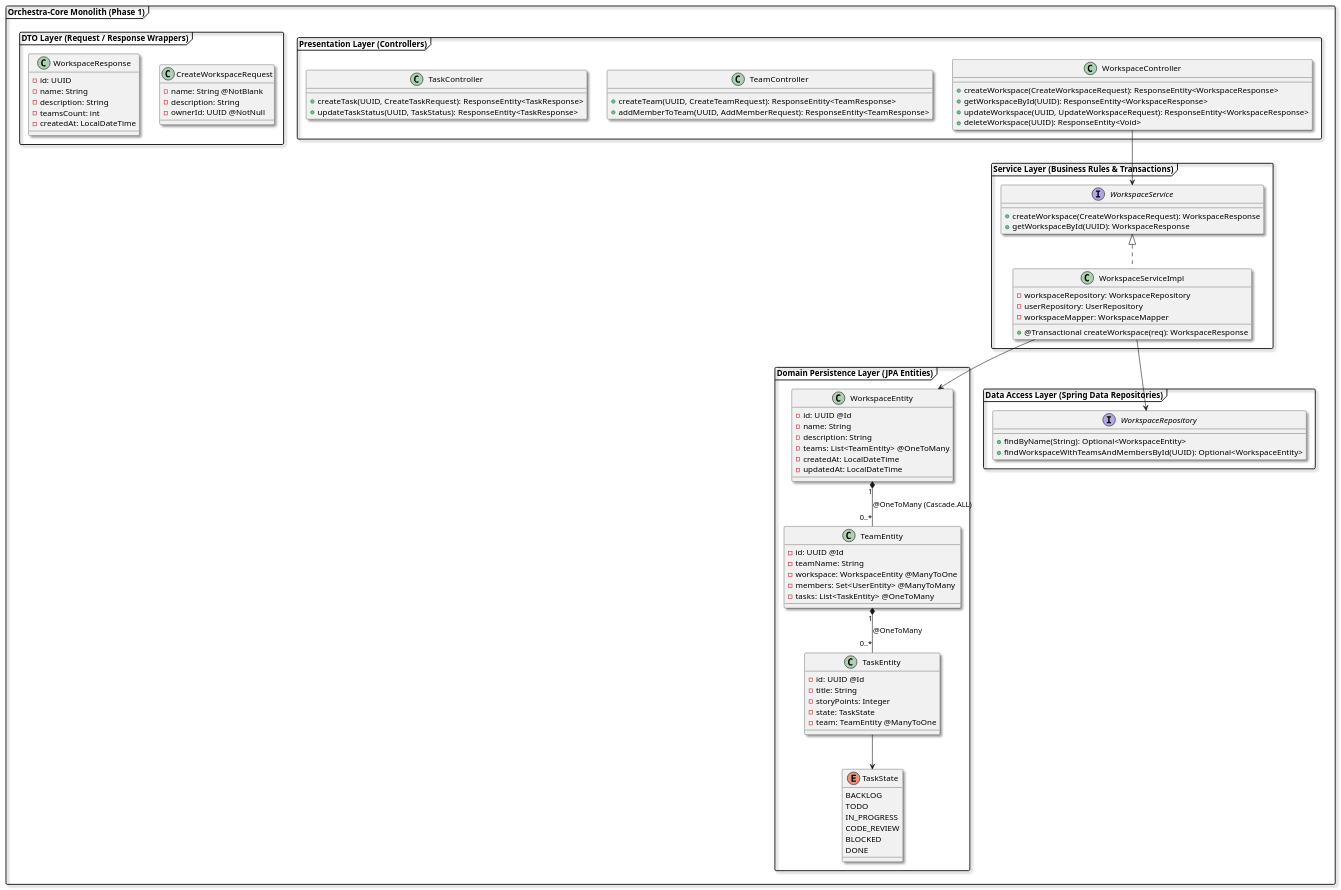
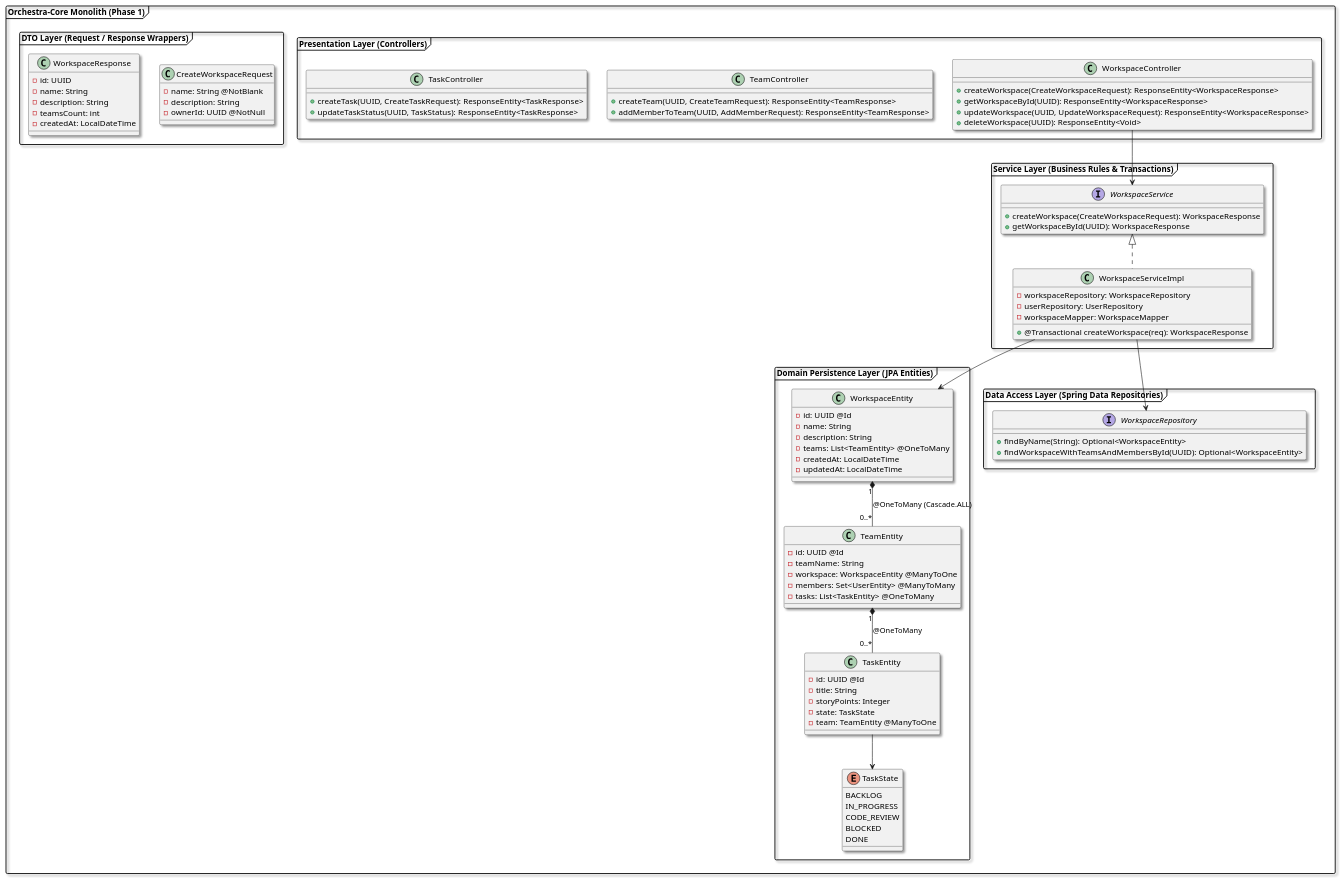
Before and after one commit to Ash4059/Orchestation: the diagram in src/main/resources/diagrams/Orchestation_lld.puml, drawn with PlantUML.

Commit message:
Removing TODO line from TaskState.

```diff
--- a/src/main/resources/diagrams/Orchestation_lld.puml
+++ b/src/main/resources/diagrams/Orchestation_lld.puml
@@ -1,109 +1,108 @@
 @startuml Orchestra_Core_Phase1_LLD
 
 skinparam componentStyle uml2
 skinparam Monochrome false
 skinparam Shadowing true
 skinparam packageStyle Frame
 
 package "Orchestra-Core Monolith (Phase 1)" {
 
     package "Presentation Layer (Controllers)" {
         class WorkspaceController {
             + createWorkspace(CreateWorkspaceRequest): ResponseEntity<WorkspaceResponse>
             + getWorkspaceById(UUID): ResponseEntity<WorkspaceResponse>
             + updateWorkspace(UUID, UpdateWorkspaceRequest): ResponseEntity<WorkspaceResponse>
             + deleteWorkspace(UUID): ResponseEntity<Void>
         }
 
         class TeamController {
             + createTeam(UUID, CreateTeamRequest): ResponseEntity<TeamResponse>
             + addMemberToTeam(UUID, AddMemberRequest): ResponseEntity<TeamResponse>
         }
 
         class TaskController {
             + createTask(UUID, CreateTaskRequest): ResponseEntity<TaskResponse>
             + updateTaskStatus(UUID, TaskStatus): ResponseEntity<TaskResponse>
         }
     }
 
     package "DTO Layer (Request / Response Wrappers)" {
         class CreateWorkspaceRequest {
             - name: String @NotBlank
             - description: String
             - ownerId: UUID @NotNull
         }
         class WorkspaceResponse {
             - id: UUID
             - name: String
             - description: String
             - teamsCount: int
             - createdAt: LocalDateTime
         }
     }
 
     package "Service Layer (Business Rules & Transactions)" {
         interface WorkspaceService {
             + createWorkspace(CreateWorkspaceRequest): WorkspaceResponse
             + getWorkspaceById(UUID): WorkspaceResponse
         }
         
         class WorkspaceServiceImpl implements WorkspaceService {
             - workspaceRepository: WorkspaceRepository
             - userRepository: UserRepository
             - workspaceMapper: WorkspaceMapper
             + @Transactional createWorkspace(req): WorkspaceResponse
         }
     }
 
     package "Domain Persistence Layer (JPA Entities)" {
         class WorkspaceEntity {
             - id: UUID @Id
             - name: String
             - description: String
             - teams: List<TeamEntity> @OneToMany
             - createdAt: LocalDateTime
             - updatedAt: LocalDateTime
         }
 
         class TeamEntity {
             - id: UUID @Id
             - teamName: String
             - workspace: WorkspaceEntity @ManyToOne
             - members: Set<UserEntity> @ManyToMany
             - tasks: List<TaskEntity> @OneToMany
         }
 
         class TaskEntity {
             - id: UUID @Id
             - title: String
             - storyPoints: Integer
             - state: TaskState
             - team: TeamEntity @ManyToOne
         }
 
         enum TaskState {
             BACKLOG
-            TODO
             IN_PROGRESS
             CODE_REVIEW
             BLOCKED
             DONE
         }
     }
 
     package "Data Access Layer (Spring Data Repositories)" {
         interface WorkspaceRepository {
             + findByName(String): Optional<WorkspaceEntity>
             + findWorkspaceWithTeamsAndMembersById(UUID): Optional<WorkspaceEntity>
         }
     }
 }
 
 WorkspaceController --> WorkspaceService
 WorkspaceServiceImpl --> WorkspaceRepository
 WorkspaceServiceImpl --> WorkspaceEntity
 WorkspaceEntity "1" *-- "0..*" TeamEntity : @OneToMany (Cascade.ALL)
 TeamEntity "1" *-- "0..*" TaskEntity : @OneToMany
 TaskEntity --> TaskState
 
 @enduml
```
